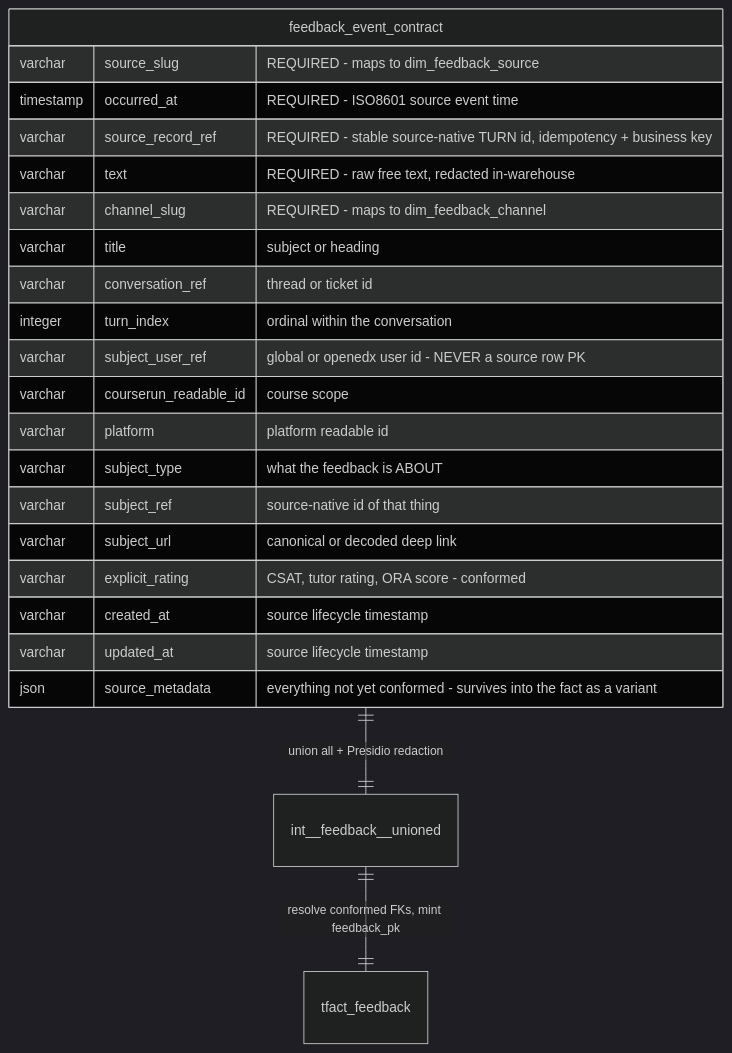
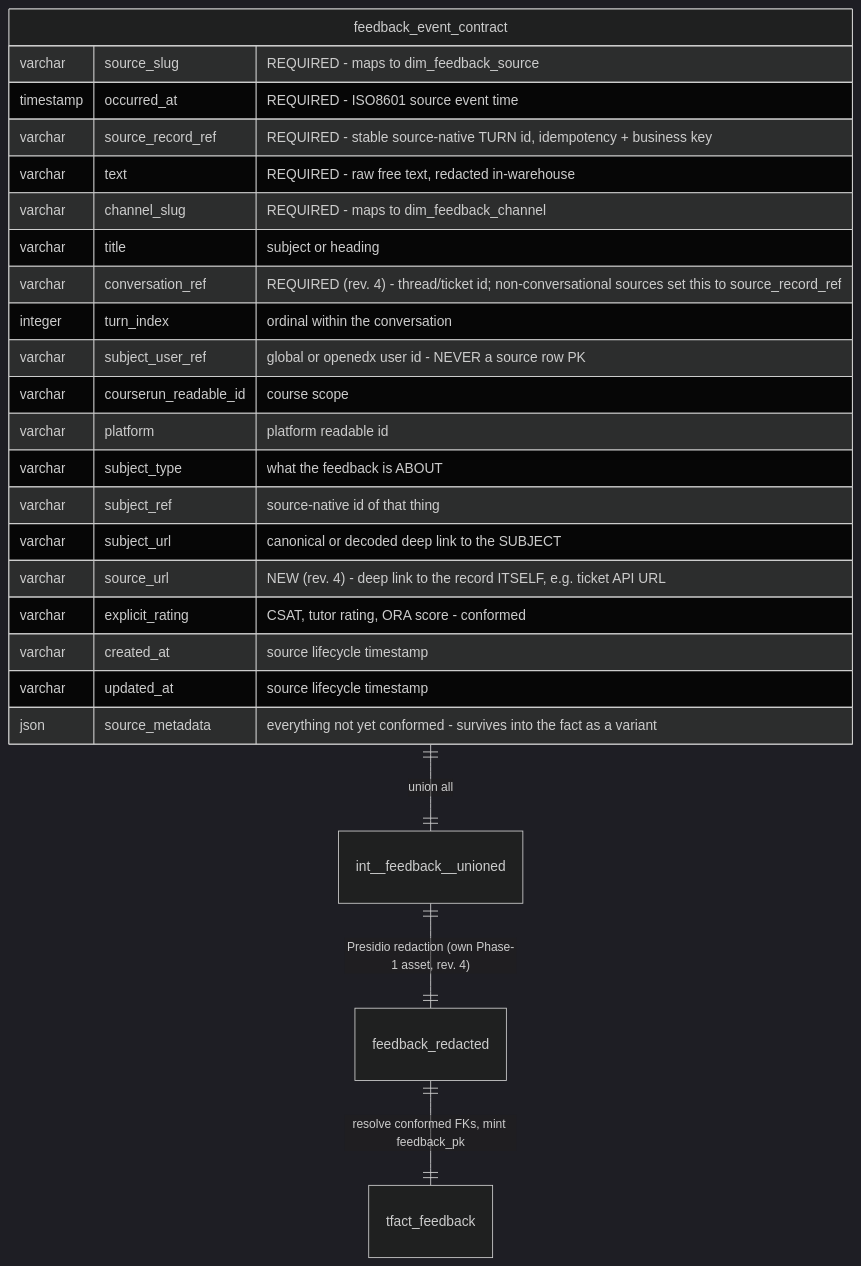
Before and after one commit to mitodl/ol-data-platform: the second of 6 diagrams in docs/design/feedback_erd.md, drawn with Mermaid (dark theme). The commit also changed other lines of this file and 5 other files, not shown here.

First line of the commit message:
docs(feedback): fix 13 implementation-blocking gaps from #2422 review (rev. 4)

````diff
--- a/docs/design/feedback_erd.md
+++ b/docs/design/feedback_erd.md
@@ -213,26 +214,28 @@
 ```mermaid
 erDiagram
-    feedback_event_contract ||--|| int__feedback__unioned : "union all + Presidio redaction"
-    int__feedback__unioned  ||--|| tfact_feedback : "resolve conformed FKs, mint feedback_pk"
+    feedback_event_contract ||--|| int__feedback__unioned : "union all"
+    int__feedback__unioned  ||--|| feedback_redacted : "Presidio redaction (own Phase-1 asset, rev. 4)"
+    feedback_redacted       ||--|| tfact_feedback : "resolve conformed FKs, mint feedback_pk"
 
     feedback_event_contract {
         varchar source_slug "REQUIRED - maps to dim_feedback_source"
         timestamp occurred_at "REQUIRED - ISO8601 source event time"
         varchar source_record_ref "REQUIRED - stable source-native TURN id, idempotency + business key"
         varchar text "REQUIRED - raw free text, redacted in-warehouse"
         varchar channel_slug "REQUIRED - maps to dim_feedback_channel"
         varchar title "subject or heading"
-        varchar conversation_ref "thread or ticket id"
+        varchar conversation_ref "REQUIRED (rev. 4) - thread/ticket id; non-conversational sources set this to source_record_ref"
         integer turn_index "ordinal within the conversation"
         varchar subject_user_ref "global or openedx user id - NEVER a source row PK"
         varchar courserun_readable_id "course scope"
         varchar platform "platform readable id"
         varchar subject_type "what the feedback is ABOUT"
         varchar subject_ref "source-native id of that thing"
-        varchar subject_url "canonical or decoded deep link"
+        varchar subject_url "canonical or decoded deep link to the SUBJECT"
+        varchar source_url "NEW (rev. 4) - deep link to the record ITSELF, e.g. ticket API URL"
         varchar explicit_rating "CSAT, tutor rating, ORA score - conformed"
         varchar created_at "source lifecycle timestamp"
         varchar updated_at "source lifecycle timestamp"
         json source_metadata "everything not yet conformed - survives into the fact as a variant"
     }
 ```
````
